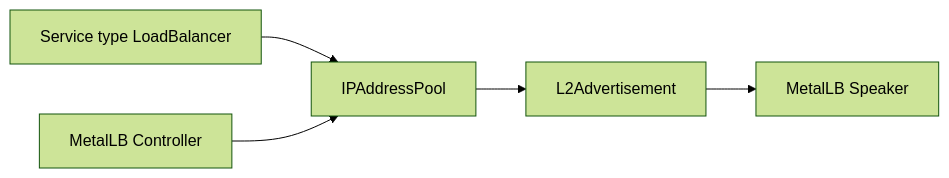
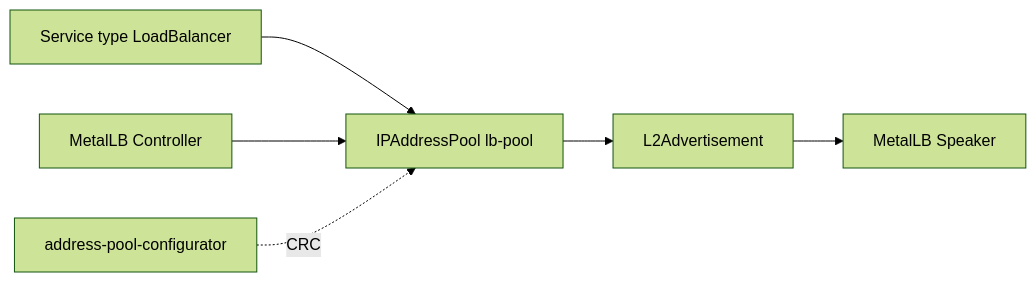
Before and after one commit to thiagobotelho/metallb-gitops: the diagram in README.md, drawn with Mermaid (forest theme). The commit also changed other lines of this file, not shown here.

Commit message:
Document CRC MetalLB address pool automation

````diff
--- a/README.md
+++ b/README.md
@@ -10,7 +10,8 @@
 ```mermaid
 flowchart LR
-    SVC[Service type LoadBalancer] --> Pool[IPAddressPool]
+    SVC[Service type LoadBalancer] --> Pool[IPAddressPool lb-pool]
     Pool --> Adv[L2Advertisement]
     Adv --> Speaker[MetalLB Speaker]
     Controller[MetalLB Controller] --> Pool
+    Job[address-pool-configurator] -. CRC .-> Pool
 ```
````
